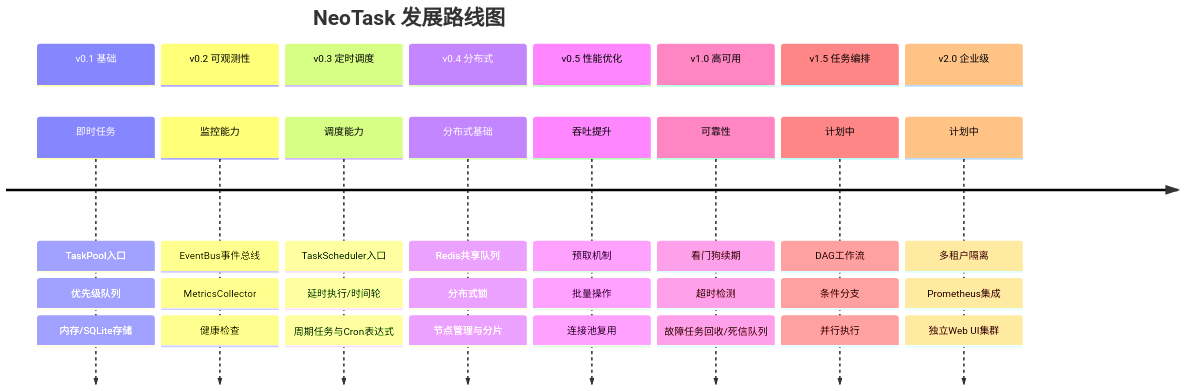
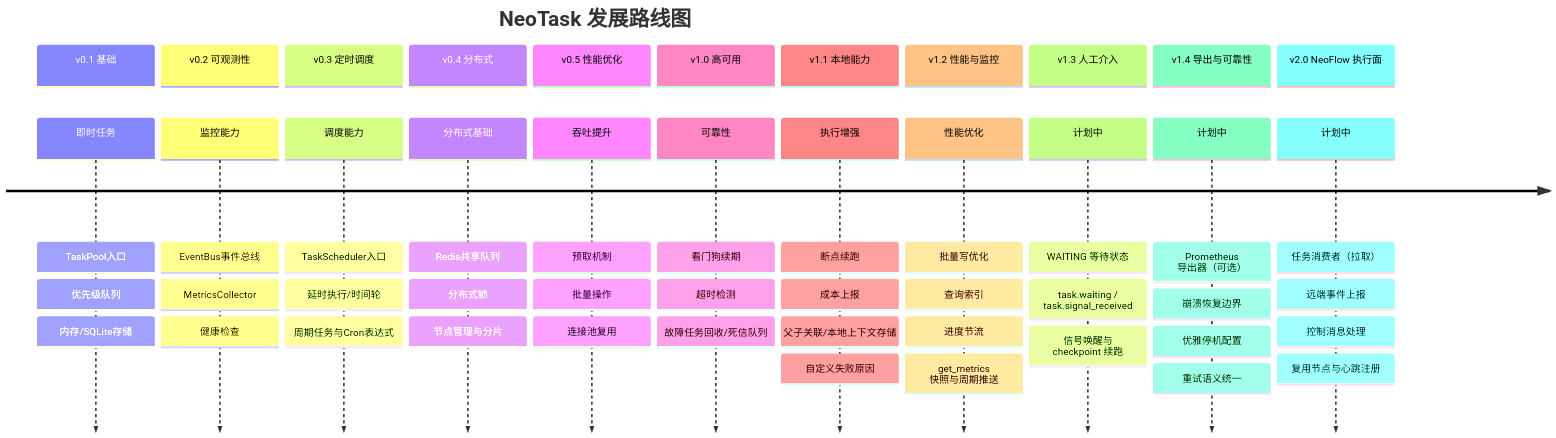
Before and after one commit to neopen/neotask: the fifth of 5 diagrams in docs/ARCHITECTURE.md, drawn with Mermaid. The commit also changed other lines of this file and 2 other files, not shown here.

Commit message:
docs(readme): 修复 Mermaid 标签解析错误并同步架构规划
FR:
- README / README_zh 架构图中 MemoryContextStore 节点标签补引号，修复含
  半角括号导致的 Mermaid 解析失败（Parse error ... got 'PS'）
- 路线图图注精简为定位说明，去掉与版本总览重复的逐版本描述；timeline 中
  v1.3 等待状态与 v2.0 执行面去掉冗余括注
- ARCHITECTURE「当前版本 v1.0.5」改为当前能力（v1.2 已合入 main、待发布），
  补 v1.1 / v1.2 已交付能力；路线图 timeline 由 v1.5 任务编排 / v2.0 企业级
  改为 v1.1 本地能力、v1.2 性能与监控、v1.3 人工介入、v1.4 导出与可靠性、
  v2.0 NeoFlow 执行面；能力矩阵同步拆分行项

AC:
- mermaid v11 解析 README / README_zh / ARCHITECTURE / roadmap 的全部 9 个
  Mermaid 块均通过
- ARCHITECTURE 路线图与能力矩阵与 docs/neotask-roadmap.md 一致

````diff
--- a/docs/ARCHITECTURE.md
+++ b/docs/ARCHITECTURE.md
@@ -589,44 +591,63 @@
 ```mermaid
 timeline
     title NeoTask 发展路线图
 
     section v0.1 基础
         即时任务 : TaskPool入口
                  : 优先级队列
                  : 内存/SQLite存储
 
     section v0.2 可观测性
         监控能力 : EventBus事件总线
                  : MetricsCollector
                  : 健康检查
 
     section v0.3 定时调度
         调度能力 : TaskScheduler入口
                  : 延时执行/时间轮
                  : 周期任务与Cron表达式
 
     section v0.4 分布式
         分布式基础 : Redis共享队列
                    : 分布式锁
                    : 节点管理与分片
 
     section v0.5 性能优化
         吞吐提升 : 预取机制
                  : 批量操作
                  : 连接池复用
 
     section v1.0 高可用
         可靠性 : 看门狗续期
                : 超时检测
                : 故障任务回收/死信队列
 
-    section v1.5 任务编排
-        计划中 : DAG工作流
-               : 条件分支
-               : 并行执行
+    section v1.1 本地能力
+        执行增强 : 断点续跑
+               : 成本上报
+               : 父子关联/本地上下文存储
+               : 自定义失败原因
 
-    section v2.0 企业级
-        计划中 : 多租户隔离
-               : Prometheus集成
-               : 独立Web UI集群
+    section v1.2 性能与监控
+        性能优化 : 批量写优化
+               : 查询索引
+               : 进度节流
+               : get_metrics 快照与周期推送
+
+    section v1.3 人工介入
+        计划中 : WAITING 等待状态
+               : task.waiting / task.signal_received
+               : 信号唤醒与 checkpoint 续跑
+
+    section v1.4 导出与可靠性
+        计划中 : Prometheus 导出器（可选）
+               : 崩溃恢复边界
+               : 优雅停机配置
+               : 重试语义统一
+
+    section v2.0 NeoFlow 执行面
+        计划中 : 任务消费者（拉取）
+               : 远端事件上报
+               : 控制消息处理
+               : 复用节点与心跳注册
 ```
````
